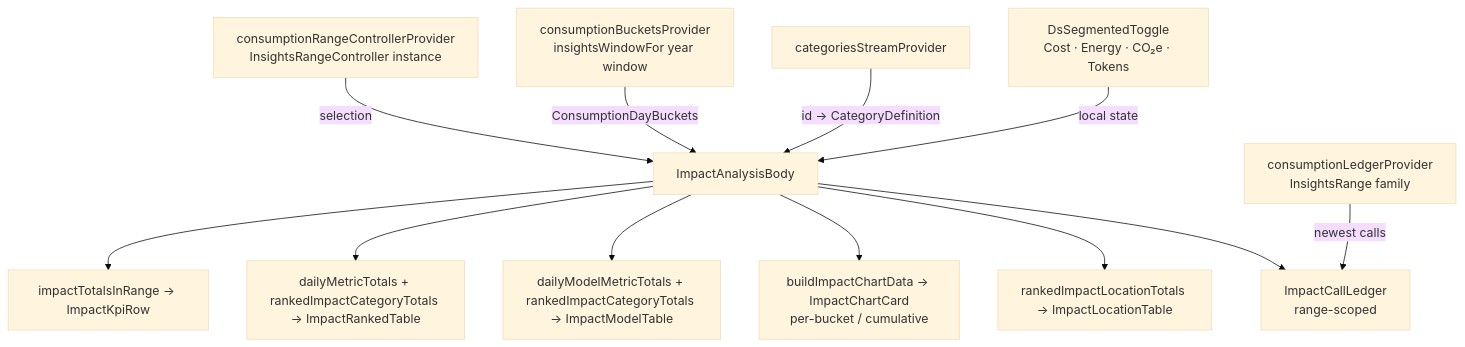
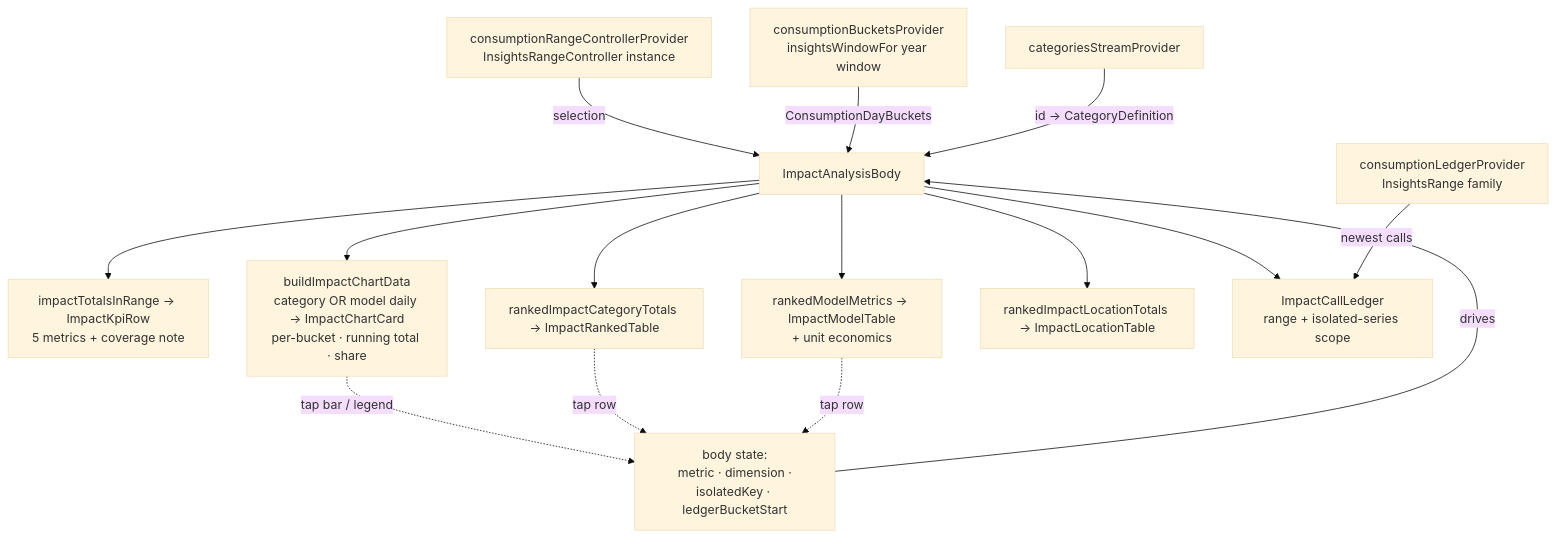
One commit to matthiasn/lotti changed the third of 3 diagrams in lib/features/ai_consumption/README.md. Above: the diagram before and after it, drawn with Mermaid (base theme). The commit also changed other lines of this file and 15 other files, not shown here.

First line of the commit message:
docs: update AI Impact README, CHANGELOG & flatpak for interactive charts

````diff
--- a/lib/features/ai_consumption/README.md
+++ b/lib/features/ai_consumption/README.md
@@ -159,14 +159,17 @@
 ```mermaid
 flowchart TD
   RC[consumptionRangeControllerProvider<br/>InsightsRangeController instance] -->|selection| Body[ImpactAnalysisBody]
   BP[consumptionBucketsProvider<br/>insightsWindowFor year window] -->|ConsumptionDayBuckets| Body
   Cat[categoriesStreamProvider] -->|id → CategoryDefinition| Body
-  Body --> D1[impactTotalsInRange → ImpactKpiRow]
-  Body --> D2[dailyMetricTotals + rankedImpactCategoryTotals → ImpactRankedTable]
-  Body --> D3[dailyModelMetricTotals + rankedImpactCategoryTotals → ImpactModelTable]
-  Body --> D4[buildImpactChartData → ImpactChartCard<br/>per-bucket / cumulative]
+  State[body state:<br/>metric · dimension ·<br/>isolatedKey · ledgerBucketStart] -->|drives| Body
+  Body --> D1[impactTotalsInRange → ImpactKpiRow<br/>5 metrics + coverage note]
+  Body --> D4[buildImpactChartData<br/>category OR model daily → ImpactChartCard<br/>per-bucket · running total · share]
+  Body --> D2[rankedImpactCategoryTotals → ImpactRankedTable]
+  Body --> D3[rankedModelMetrics → ImpactModelTable<br/>+ unit economics]
   Body --> D5[rankedImpactLocationTotals → ImpactLocationTable]
-  Body --> D6[ImpactCallLedger<br/>range-scoped]
+  Body --> D6[ImpactCallLedger<br/>range + isolated-series scope]
   LP[consumptionLedgerProvider<br/>InsightsRange family] -->|newest calls| D6
-  Toggle[DsSegmentedToggle<br/>Cost · Energy · CO₂e · Tokens] -->|local state| Body
+  D4 -.->|tap bar / legend| State
+  D2 -.->|tap row| State
+  D3 -.->|tap row| State
 ```
````
